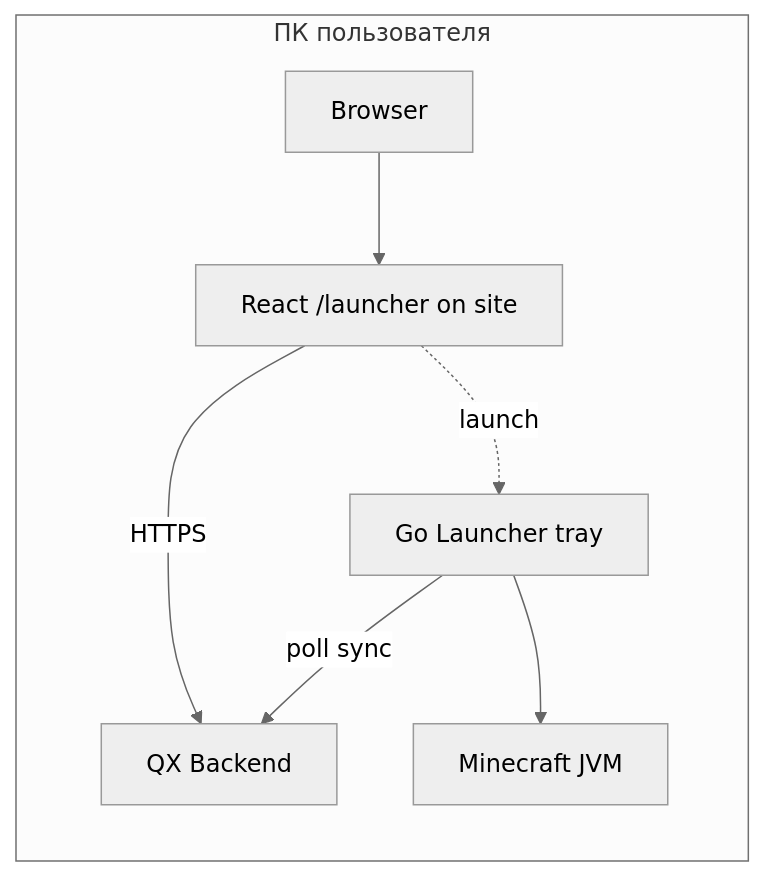
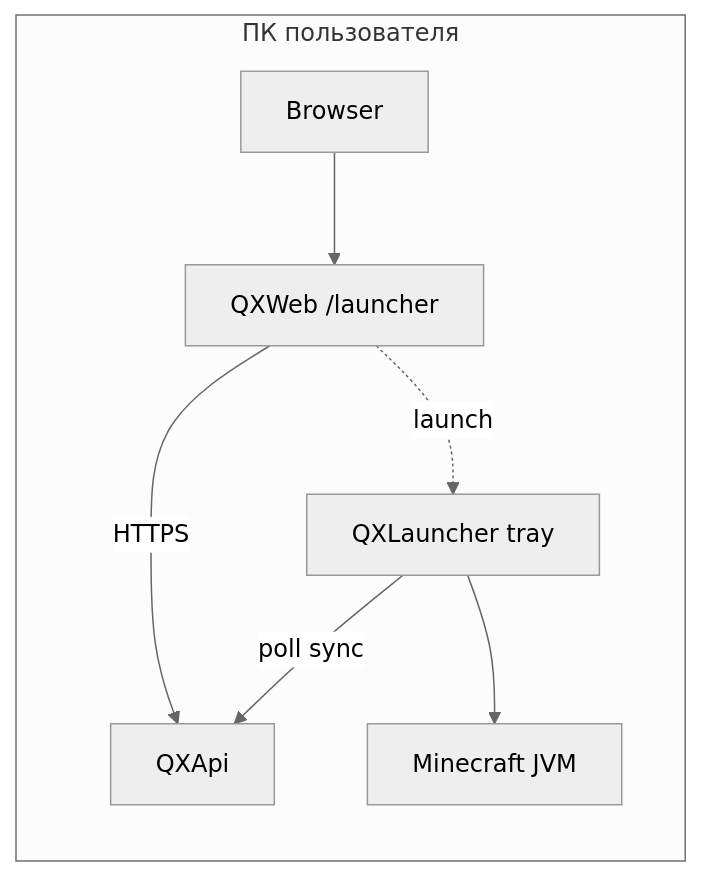
Before and after one commit to mindevis/qx-project: the sixth of 16 diagrams in docs/architecture.md, drawn with Mermaid (neutral theme). The commit also changed other lines of this file and 14 other files, not shown here.

````diff
--- a/docs/architecture.md
+++ b/docs/architecture.md
@@ -381,15 +344,15 @@
 ```mermaid
 flowchart LR
     subgraph pc [ПК пользователя]
-        Tray[Go Launcher tray]
+        Tray[QXLauncher tray]
         Browser[Browser]
-        UI[React /launcher on site]
+        UI[QXWeb /launcher]
         JVM[Minecraft JVM]
         Tray -->|poll sync| API
         Tray --> JVM
         Browser --> UI
         UI -->|HTTPS| API
         UI -.->|launch| Tray
     end
-    API[QX Backend]
+    API[QXApi]
 ```
````
